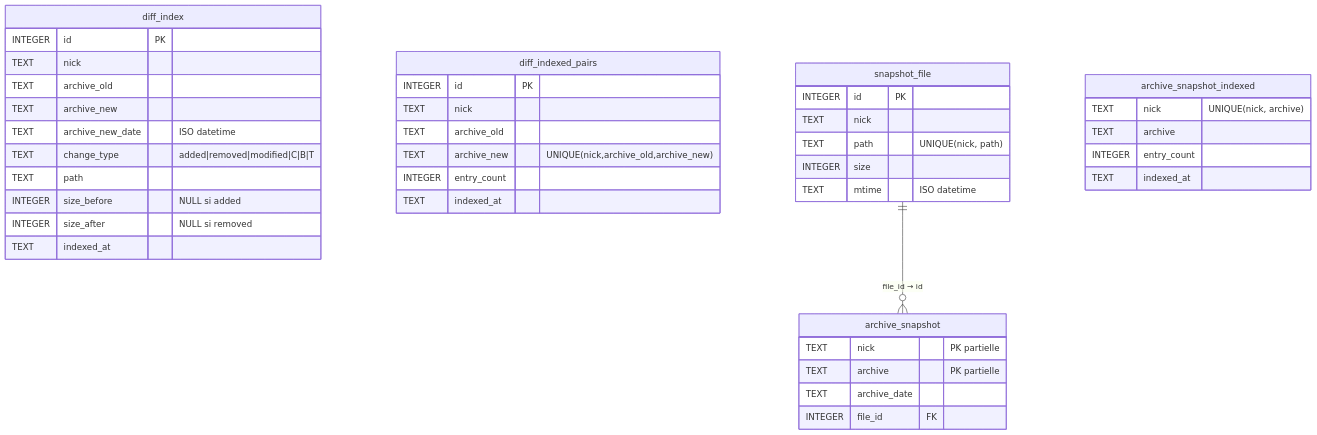
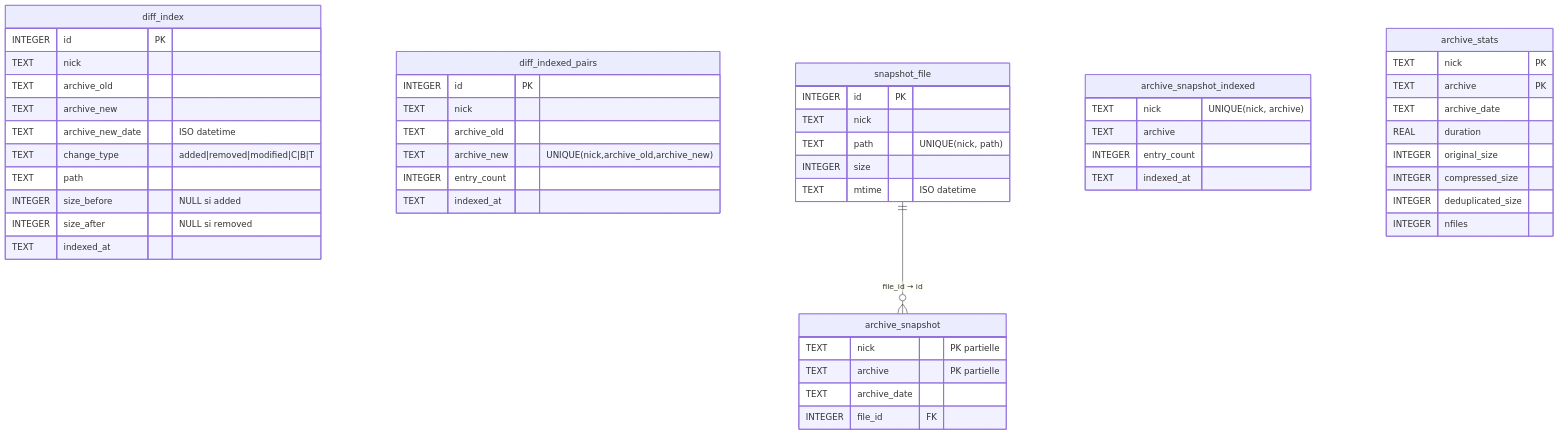
One commit to adlp/Misc changed the second of 2 diagrams in Borg/README.md. Above: the diagram before and after it, drawn with Mermaid. The commit also changed other lines of this file, not shown here.

Commit message:
borgHelper README : archive_stats dans ERD + index table + Report -o

````diff
--- a/Borg/README.md
+++ b/Borg/README.md
@@ -517,48 +520,59 @@
 ```mermaid
 erDiagram
     diff_index {
         INTEGER id PK
         TEXT nick
         TEXT archive_old
         TEXT archive_new
         TEXT archive_new_date "ISO datetime"
         TEXT change_type "added|removed|modified|C|B|T"
         TEXT path
         INTEGER size_before "NULL si added"
         INTEGER size_after "NULL si removed"
         TEXT indexed_at
     }
 
     diff_indexed_pairs {
         INTEGER id PK
         TEXT nick
         TEXT archive_old
         TEXT archive_new "UNIQUE(nick,archive_old,archive_new)"
         INTEGER entry_count
         TEXT indexed_at
     }
 
     snapshot_file {
         INTEGER id PK
         TEXT nick
         TEXT path "UNIQUE(nick, path)"
         INTEGER size
         TEXT mtime "ISO datetime"
     }
 
     archive_snapshot {
         TEXT nick "PK partielle"
         TEXT archive "PK partielle"
         TEXT archive_date
         INTEGER file_id FK
     }
 
     archive_snapshot_indexed {
         TEXT nick "UNIQUE(nick, archive)"
         TEXT archive
         INTEGER entry_count
         TEXT indexed_at
     }
 
+    archive_stats {
+        TEXT nick PK
+        TEXT archive PK
+        TEXT archive_date
+        REAL duration
+        INTEGER original_size
+        INTEGER compressed_size
+        INTEGER deduplicated_size
+        INTEGER nfiles
+    }
+
     snapshot_file ||--o{ archive_snapshot : "file_id → id"
 ```
````
